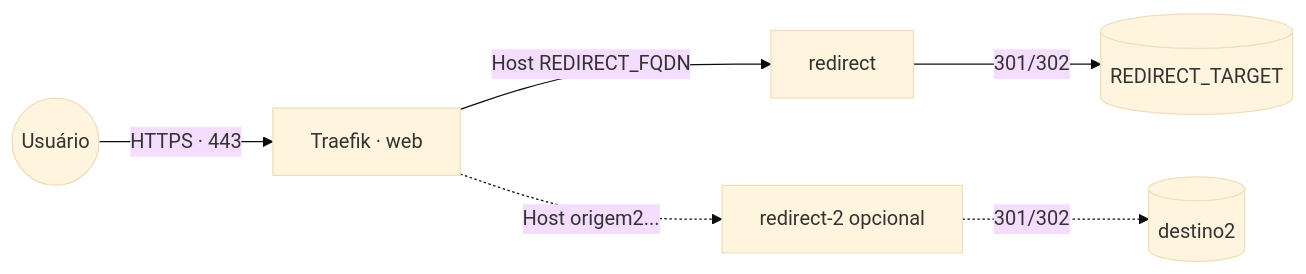
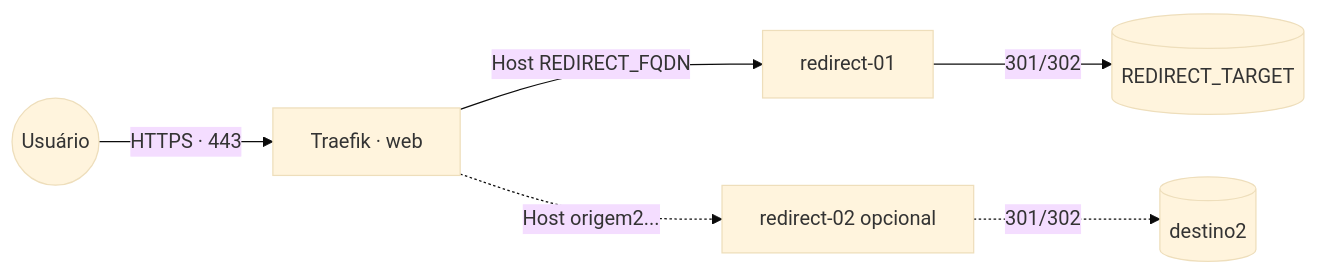
One commit to marcelofmatos/portainer-stacks changed the diagram in redirect/README.md. Above: the diagram before and after it, drawn with Mermaid (base theme). The commit also changed other lines of this file and 1 other file, not shown here.

Commit message:
redirect: nomeia o 1º serviço como redirect-01 (padrão numerado)

````diff
--- a/redirect/README.md
+++ b/redirect/README.md
@@ -20,8 +20,8 @@
 ```mermaid
 flowchart LR
     user((Usuário)) -->|HTTPS · 443| traefik[Traefik · web]
-    traefik -->|Host REDIRECT_FQDN| r1[redirect]
-    traefik -.->|Host origem2...| r2[redirect-2 opcional]
+    traefik -->|Host REDIRECT_FQDN| r1[redirect-01]
+    traefik -.->|Host origem2...| r2[redirect-02 opcional]
     r1 -->|301/302| dest1[(REDIRECT_TARGET)]
     r2 -.->|301/302| dest2[(destino2)]
 ```
````
